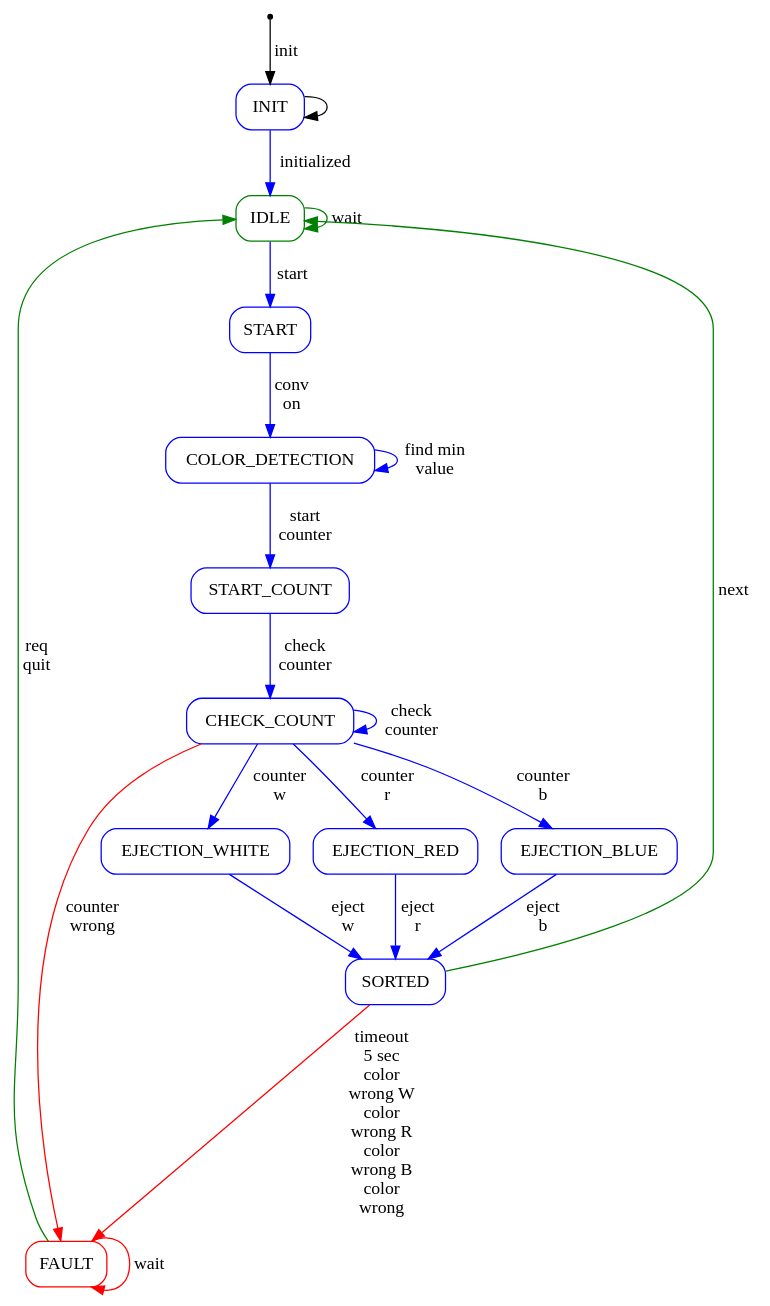
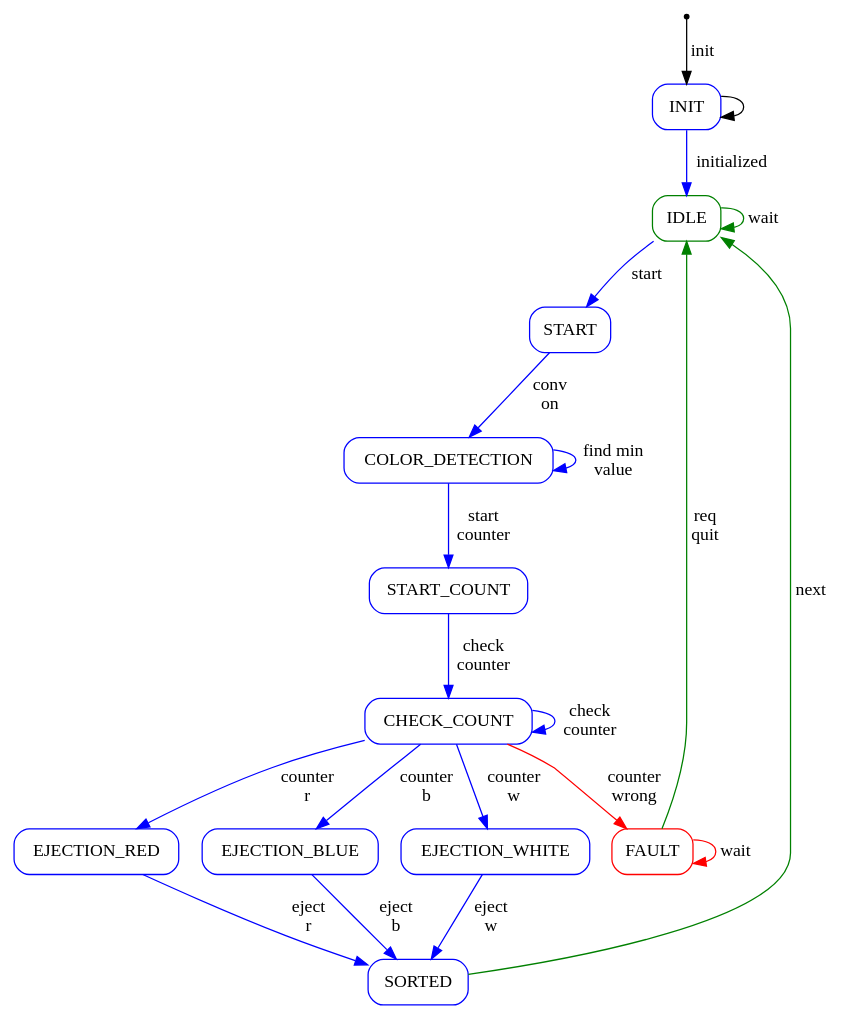
The diagram in TxtSmartFactoryLib/doc/DocFsm/TxtSortingLineRun.gv (fischertechnik/txt_training_factory), drawn with Graphviz before and after one commit. The commit also changed 21 other files, not shown here.

```diff
--- a/TxtSmartFactoryLib/doc/DocFsm/TxtSortingLineRun.gv
+++ b/TxtSmartFactoryLib/doc/DocFsm/TxtSortingLineRun.gv
@@ -1,36 +1,35 @@
 digraph "generated by DocFsm" {
 	node [shape = Mrecord];
 	IDLE_0 [color = green, label = "IDLE"];
 	FAULT_0 [color = red, label = "FAULT"];
 	INIT_0 [color = blue, label = "INIT"];
 	START_0 [color = blue, label = "START"];
 	COLOR_DETECTION_0 [color = blue, label = "COLOR_DETECTION"];
 	START_COUNT_0 [color = blue, label = "START_COUNT"];
 	CHECK_COUNT_0 [color = blue, label = "CHECK_COUNT"];
 	EJECTION_WHITE_0 [color = blue, label = "EJECTION_WHITE"];
 	EJECTION_RED_0 [color = blue, label = "EJECTION_RED"];
 	EJECTION_BLUE_0 [color = blue, label = "EJECTION_BLUE"];
 	SORTED_0 [color = blue, label = "SORTED"];
 	entry0_0 [shape = point, label = "entry0"];
 	IDLE_0 -> START_0 [color = blue, label = "start"];
 	IDLE_0 -> IDLE_0 [color = green, label = "wait"];
 	FAULT_0 -> IDLE_0 [color = green, label = "req\nquit"];
 	FAULT_0 -> FAULT_0 [color = red, label = "wait"];
 	INIT_0 -> INIT_0;
 	INIT_0 -> IDLE_0 [color = blue, label = "initialized"];
 	START_0 -> COLOR_DETECTION_0 [color = blue, label = "conv\non"];
 	COLOR_DETECTION_0 -> START_COUNT_0 [color = blue, label = "start\ncounter"];
 	COLOR_DETECTION_0 -> COLOR_DETECTION_0 [color = blue, label = "find min\nvalue"];
 	START_COUNT_0 -> CHECK_COUNT_0 [color = blue, label = "check\ncounter"];
 	CHECK_COUNT_0 -> EJECTION_WHITE_0 [color = blue, label = "counter\nw"];
 	CHECK_COUNT_0 -> EJECTION_RED_0 [color = blue, label = "counter\nr"];
 	CHECK_COUNT_0 -> EJECTION_BLUE_0 [color = blue, label = "counter\nb"];
 	CHECK_COUNT_0 -> FAULT_0 [color = red, label = "counter\nwrong"];
 	CHECK_COUNT_0 -> CHECK_COUNT_0 [color = blue, label = "check\ncounter"];
 	EJECTION_WHITE_0 -> SORTED_0 [color = blue, label = "eject\nw"];
 	EJECTION_RED_0 -> SORTED_0 [color = blue, label = "eject\nr"];
 	EJECTION_BLUE_0 -> SORTED_0 [color = blue, label = "eject\nb"];
-	SORTED_0 -> FAULT_0 [color = red, label = "timeout\n5 sec\ncolor\nwrong W\ncolor\nwrong R\ncolor\nwrong B\ncolor\nwrong"];
 	SORTED_0 -> IDLE_0 [color = green, label = "next"];
 	entry0_0 -> INIT_0 [color = black, label = "init"];
 }
```
